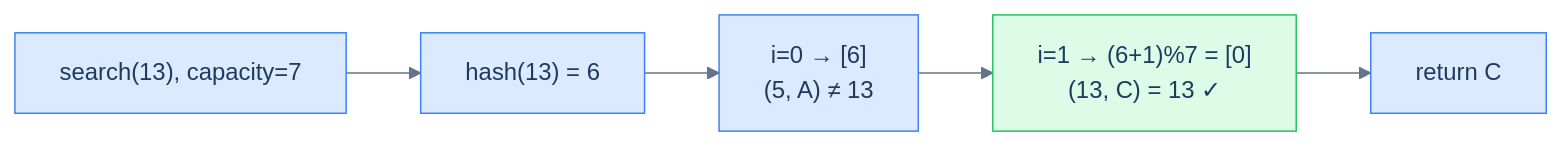
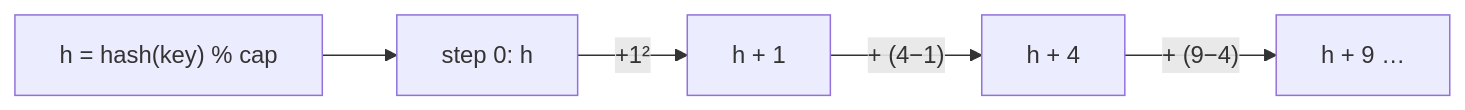
One commit to ani2fun/codefolio changed the diagram in content/cortex/data-structures-and-algorithms/02-linear-structures/07-hash-table/04-quadratic-probing.md. Above: the diagram before and after it, drawn with Mermaid. The commit also changed other lines of this file and 1049 other files, not shown here.

````diff
--- a/content/cortex/data-structures-and-algorithms/02-linear-structures/07-hash-table/04-quadratic-probing.md
+++ b/content/cortex/data-structures-and-algorithms/02-linear-structures/07-hash-table/04-quadratic-probing.md
@@ -326,19 +66,7 @@
 ```mermaid
----
-config:
-  theme: base
-  themeVariables:
-    primaryColor: "#dbeafe"
-    primaryBorderColor: "#3b82f6"
-    primaryTextColor: "#1e3a5f"
-    lineColor: "#64748b"
-    secondaryColor: "#ede9fe"
-    tertiaryColor: "#fef9c3"
----
 flowchart LR
-    Q["search(13), capacity=7"] --> H["hash(13) = 6"]
-    H --> P0["i=0 → [6]<br/>(5, A) ≠ 13"]
-    P0 --> P1["i=1 → (6+1)%7 = [0]<br/>(13, C) = 13 ✓"]
-    P1 --> R["return C"]
-    style P1 fill:#dcfce7,stroke:#22c55e
+  H["h = hash(key) % cap"] --> P0["step 0: h"]
+  P0 -->|"+1²"| P1["h + 1"]
+  P1 -->|"+ (4−1)"| P2["h + 4"]
+  P2 -->|"+ (9−4)"| P3["h + 9 …"]
 ```
````
